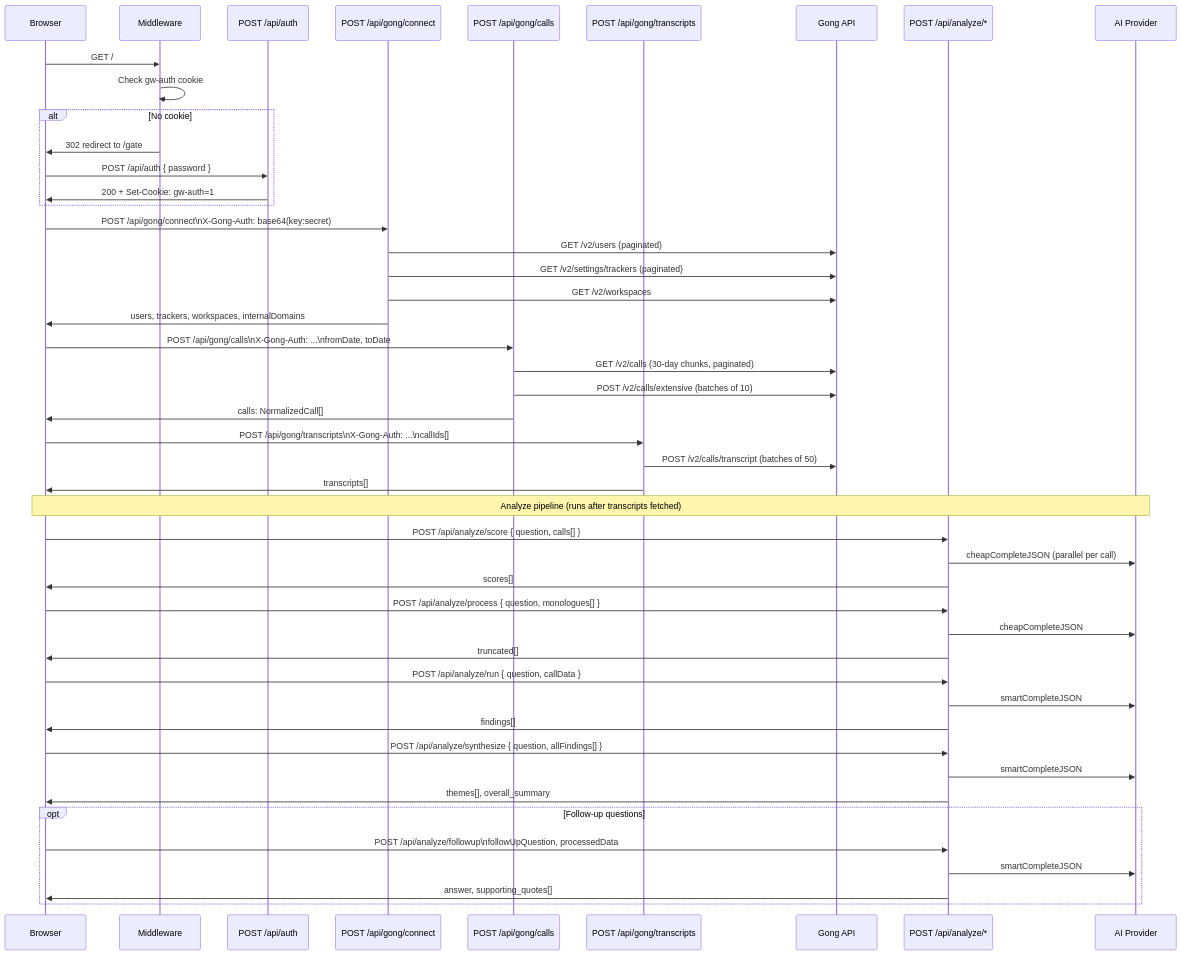
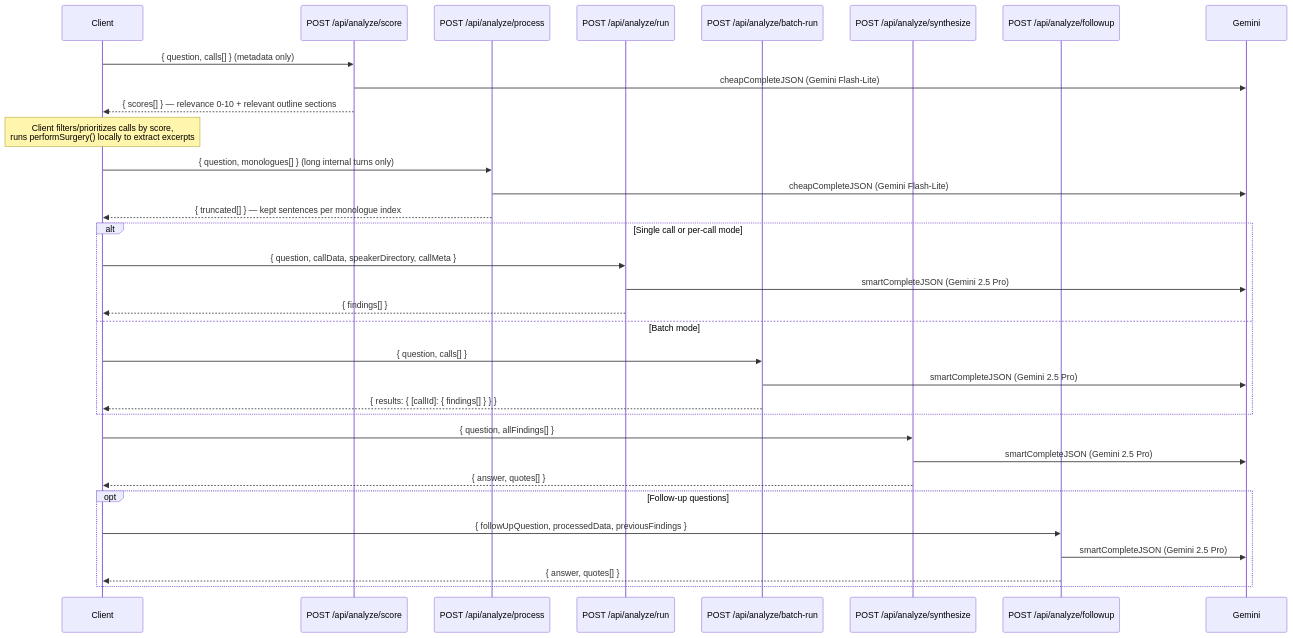
One commit to forrestmill-cmd/gongwizard changed the second of 2 diagrams in docs/generated/api-routes.md. Above: the diagram before and after it, drawn with Mermaid. The commit also changed other lines of this file and 8 other files, not shown here.

````diff
--- a/docs/generated/api-routes.md
+++ b/docs/generated/api-routes.md
@@ -517,59 +802,41 @@
 ```mermaid
 sequenceDiagram
-    participant Browser
-    participant Middleware
-    participant AuthRoute as POST /api/auth
-    participant ConnectRoute as POST /api/gong/connect
-    participant CallsRoute as POST /api/gong/calls
-    participant TranscriptsRoute as POST /api/gong/transcripts
-    participant GongAPI as Gong API
-    participant AnalyzeRoutes as POST /api/analyze/*
-    participant AIProvider as AI Provider
+    participant Client
+    participant Score as POST /api/analyze/score
+    participant Process as POST /api/analyze/process
+    participant Run as POST /api/analyze/run
+    participant BatchRun as POST /api/analyze/batch-run
+    participant Synthesize as POST /api/analyze/synthesize
+    participant Followup as POST /api/analyze/followup
+    participant Gemini
 
-    Browser->>Middleware: GET /
-    Middleware->>Middleware: Check gw-auth cookie
-    alt No cookie
-        Middleware->>Browser: 302 redirect to /gate
-        Browser->>AuthRoute: POST /api/auth { password }
-        AuthRoute->>Browser: 200 + Set-Cookie: gw-auth=1
+    Client->>Score: { question, calls[] } (metadata only)
+    Score->>Gemini: cheapCompleteJSON (Gemini Flash-Lite)
+    Score-->>Client: { scores[] } — relevance 0-10 + relevant outline sections
+
+    Note over Client: Client filters/prioritizes calls by score,<br/>runs performSurgery() locally to extract excerpts
+
+    Client->>Process: { question, monologues[] } (long internal turns only)
+    Process->>Gemini: cheapCompleteJSON (Gemini Flash-Lite)
+    Process-->>Client: { truncated[] } — kept sentences per monologue index
+
+    alt Single call or per-call mode
+        Client->>Run: { question, callData, speakerDirectory, callMeta }
+        Run->>Gemini: smartCompleteJSON (Gemini 2.5 Pro)
+        Run-->>Client: { findings[] }
+    else Batch mode
+        Client->>BatchRun: { question, calls[] }
+        BatchRun->>Gemini: smartCompleteJSON (Gemini 2.5 Pro)
+        BatchRun-->>Client: { results: { [callId]: { findings[] } } }
     end
 
-    Browser->>ConnectRoute: POST /api/gong/connect\nX-Gong-Auth: base64(key:secret)
-    ConnectRoute->>GongAPI: GET /v2/users (paginated)
-    ConnectRoute->>GongAPI: GET /v2/settings/trackers (paginated)
-    ConnectRoute->>GongAPI: GET /v2/workspaces
-    ConnectRoute->>Browser: users, trackers, workspaces, internalDomains
-
-    Browser->>CallsRoute: POST /api/gong/calls\nX-Gong-Auth: ...\nfromDate, toDate
-    CallsRoute->>GongAPI: GET /v2/calls (30-day chunks, paginated)
-    CallsRoute->>GongAPI: POST /v2/calls/extensive (batches of 10)
-    CallsRoute->>Browser: calls: NormalizedCall[]
-
-    Browser->>TranscriptsRoute: POST /api/gong/transcripts\nX-Gong-Auth: ...\ncallIds[]
-    TranscriptsRoute->>GongAPI: POST /v2/calls/transcript (batches of 50)
-    TranscriptsRoute->>Browser: transcripts[]
-
-    Note over Browser,AIProvider: Analyze pipeline (runs after transcripts fetched)
-
-    Browser->>AnalyzeRoutes: POST /api/analyze/score { question, calls[] }
-    AnalyzeRoutes->>AIProvider: cheapCompleteJSON (parallel per call)
-    AnalyzeRoutes->>Browser: scores[]
-
-    Browser->>AnalyzeRoutes: POST /api/analyze/process { question, monologues[] }
-    AnalyzeRoutes->>AIProvider: cheapCompleteJSON
-    AnalyzeRoutes->>Browser: truncated[]
-
-    Browser->>AnalyzeRoutes: POST /api/analyze/run { question, callData }
-    AnalyzeRoutes->>AIProvider: smartCompleteJSON
-    AnalyzeRoutes->>Browser: findings[]
-
-    Browser->>AnalyzeRoutes: POST /api/analyze/synthesize { question, allFindings[] }
-    AnalyzeRoutes->>AIProvider: smartCompleteJSON
-    AnalyzeRoutes->>Browser: themes[], overall_summary
+    Client->>Synthesize: { question, allFindings[] }
+    Synthesize->>Gemini: smartCompleteJSON (Gemini 2.5 Pro)
+    Synthesize-->>Client: { answer, quotes[] }
 
     opt Follow-up questions
-        Browser->>AnalyzeRoutes: POST /api/analyze/followup\nfollowUpQuestion, processedData
-        AnalyzeRoutes->>AIProvider: smartCompleteJSON
-        AnalyzeRoutes->>Browser: answer, supporting_quotes[]
+        Client->>Followup: { followUpQuestion, processedData, previousFindings }
+        Followup->>Gemini: smartCompleteJSON (Gemini 2.5 Pro)
+        Followup-->>Client: { answer, quotes[] }
     end
 ```
````
